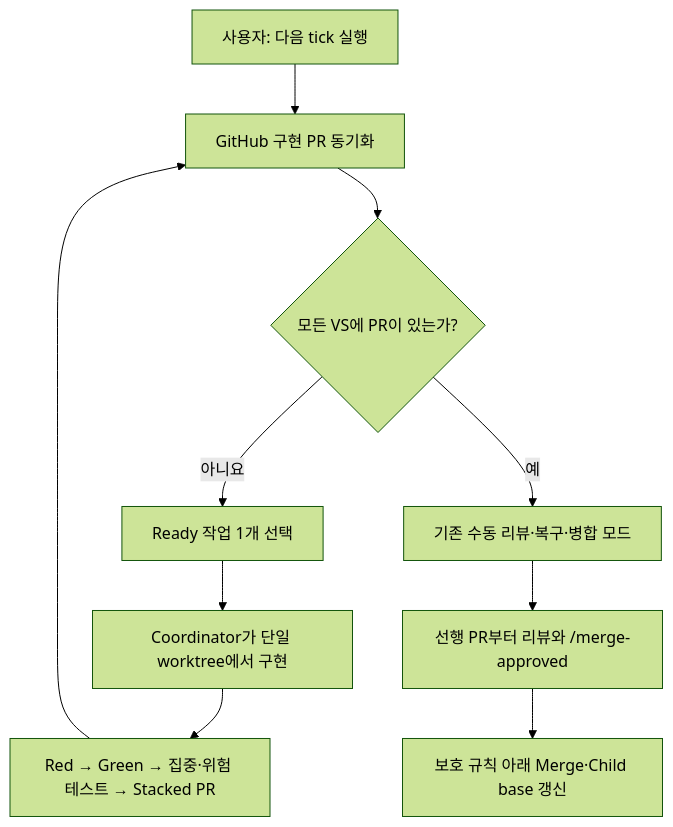
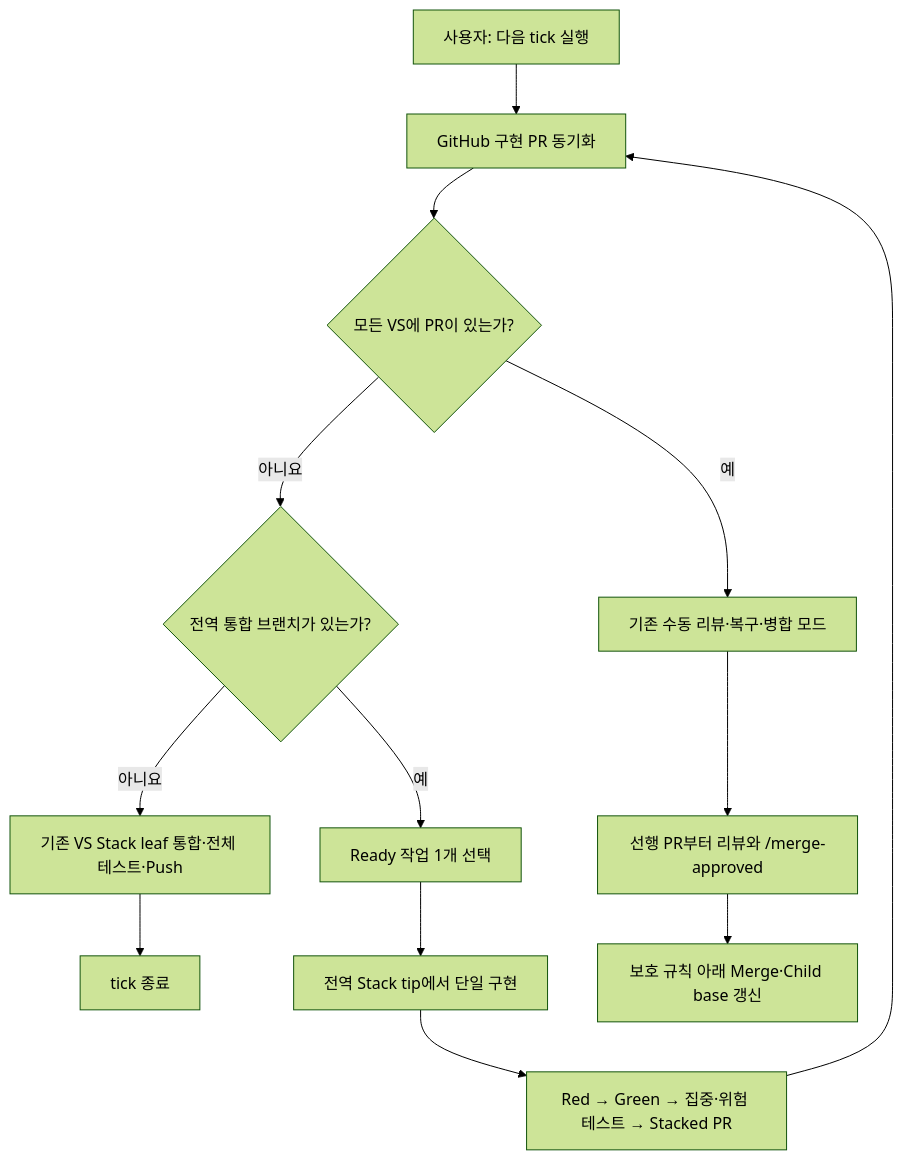
One commit to OpenSeedDev/openseed-be changed the diagram in docs/workflow/AUTONOMOUS_WORKFLOW.md. Above: the diagram before and after it, drawn with Mermaid (forest theme). The commit also changed other lines of this file and 13 other files, not shown here.

````diff
--- a/docs/workflow/AUTONOMOUS_WORKFLOW.md
+++ b/docs/workflow/AUTONOMOUS_WORKFLOW.md
@@ -7,12 +7,15 @@
 ```mermaid
 flowchart TD
   A["사용자: 다음 tick 실행"] --> B["GitHub 구현 PR 동기화"]
   B --> C{"모든 VS에 PR이 있는가?"}
-  C -- "아니요" --> D["Ready 작업 1개 선택"]
-  D --> E["Coordinator가 단일 worktree에서 구현"]
+  C -- "아니요" --> T{"전역 통합 브랜치가 있는가?"}
+  T -- "아니요" --> U["기존 VS Stack leaf 통합·전체 테스트·Push"]
+  U --> X["tick 종료"]
+  T -- "예" --> D["Ready 작업 1개 선택"]
+  D --> E["전역 Stack tip에서 단일 구현"]
   E --> F["Red → Green → 집중·위험 테스트 → Stacked PR"]
   F --> B
   C -- "예" --> G["기존 수동 리뷰·복구·병합 모드"]
   G --> H["선행 PR부터 리뷰와 /merge-approved"]
   H --> I["보호 규칙 아래 Merge·Child base 갱신"]
 ```
````
